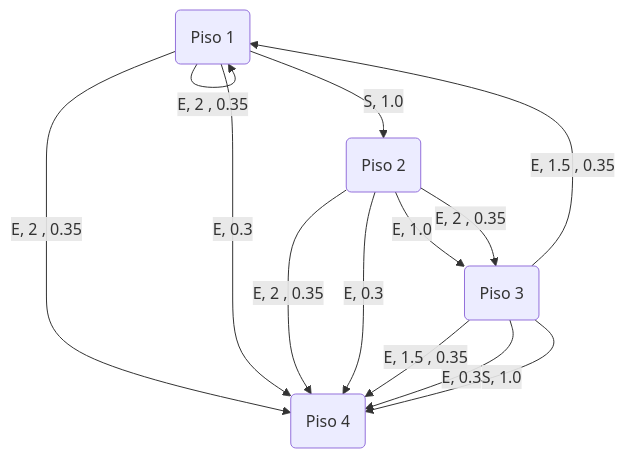
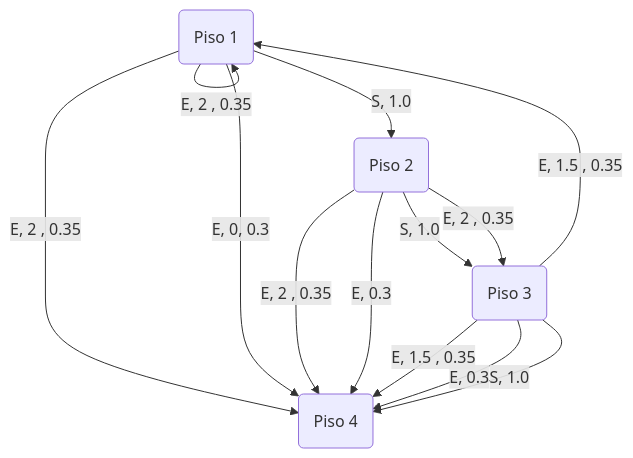
Before and after one commit to BRJoaquin/ia-obsidian: the second of 2 diagrams in Agentes inteligentes/Practico/MDP y Programación dinámica/Escaleras mágicas.md, drawn with Mermaid.

Commit message:
vault backup: 2023-04-09 20:37:48

````diff
--- a/Agentes inteligentes/Practico/MDP y Programación dinámica/Escaleras mágicas.md
+++ b/Agentes inteligentes/Practico/MDP y Programación dinámica/Escaleras mágicas.md
@@ -92,15 +92,15 @@
 ```mermaid
 graph TD
     A(Piso 1) -->|S, 1.0| B(Piso 2)
     A -->|E, 2 , 0.35| A
     A -->|E, 2 , 0.35| D[Piso 4]
-    A -->|E, 0.3| D(Piso 4)
-    B -->|E, 1.0| C(Piso 3)
+    A -->|E, 0, 0.3| D(Piso 4)
+    B -->|S, 1.0| C(Piso 3)
     B -->|E, 2 , 0.35| C
     B -->|E, 2 , 0.35| D
     B -->|E, 0.3| D
     C -->|E, 1.5 , 0.35| A
     C -->|E, 1.5 , 0.35| D
     C -->|E, 0.3| D
     C -->|S, 1.0| D
 ```
````
